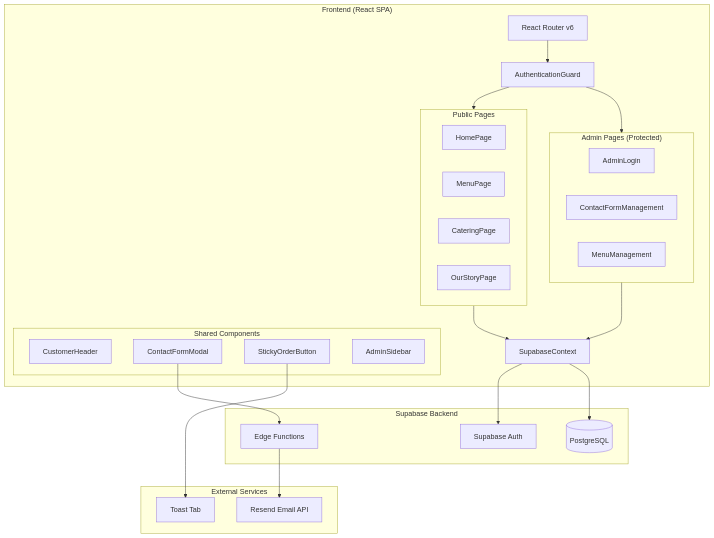
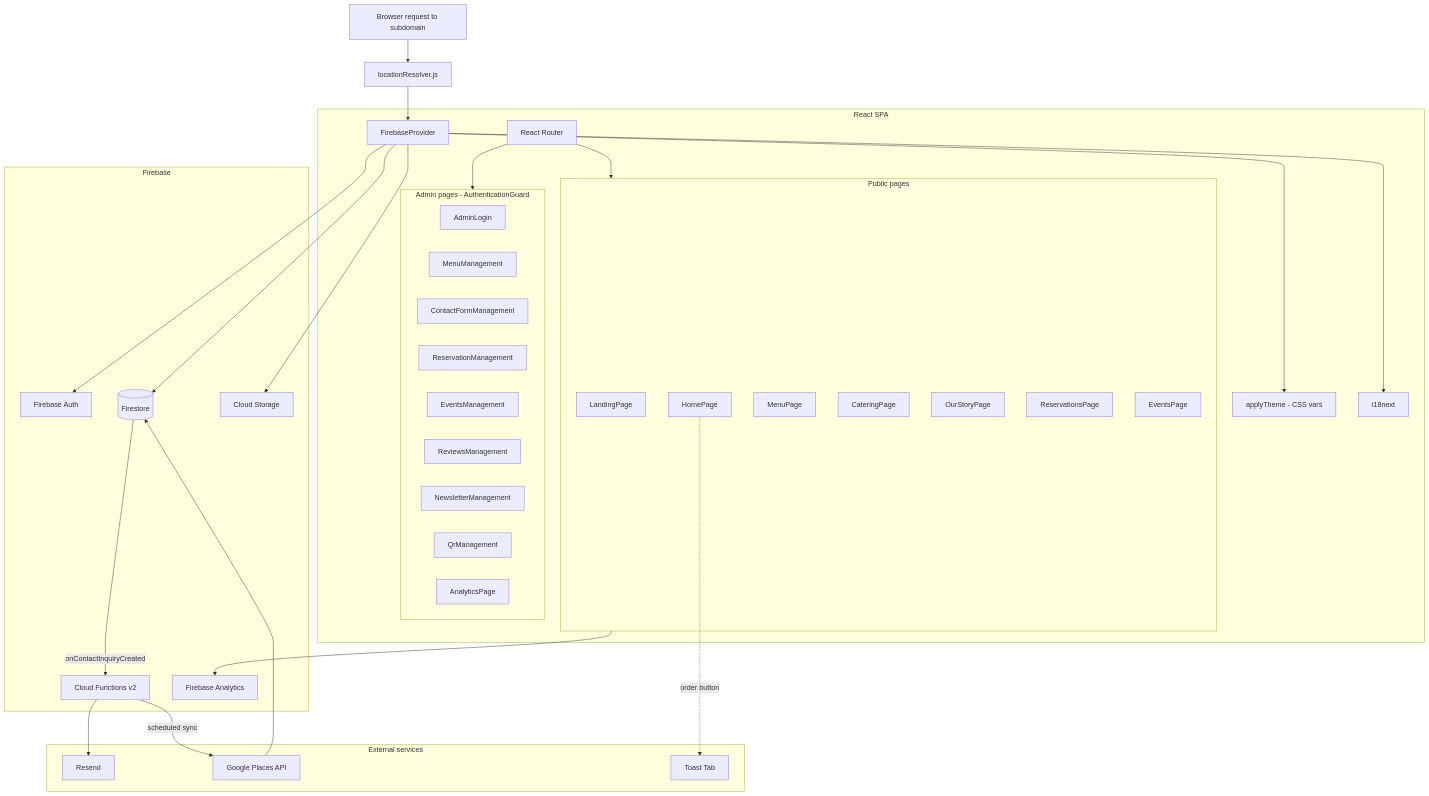
Before and after one commit to Technical-1/All-About-Me: the diagram in public/data/portfolio/restauranthub/architecture.md, drawn with Mermaid. The commit also changed other lines of this file and 80 other files, not shown here.

````diff
--- a/public/data/portfolio/restauranthub/architecture.md
+++ b/public/data/portfolio/restauranthub/architecture.md
@@ -5,53 +5,67 @@
 ```mermaid
 flowchart TD
-    subgraph Client["Frontend (React SPA)"]
-        Router[React Router v6]
-        Auth[AuthenticationGuard]
-        Ctx[SupabaseContext]
+    Browser[Browser request to subdomain]
+    Resolver[locationResolver.js]
+    Browser --> Resolver
 
-        subgraph Public["Public Pages"]
+    subgraph Client["React SPA"]
+        Router[React Router]
+        Provider[FirebaseProvider]
+        Theme[applyTheme - CSS vars]
+        I18n[i18next]
+
+        subgraph Public["Public pages"]
+            Landing[LandingPage]
             Home[HomePage]
             Menu[MenuPage]
             Catering[CateringPage]
             Story[OurStoryPage]
+            Reservations[ReservationsPage]
+            Events[EventsPage]
         end
 
-        subgraph Admin["Admin Pages (Protected)"]
+        subgraph Admin["Admin pages - AuthenticationGuard"]
             Login[AdminLogin]
+            MenuMgmt[MenuManagement]
             ContactMgmt[ContactFormManagement]
-            MenuMgmt[MenuManagement]
-        end
-
-        subgraph Shared["Shared Components"]
-            Header[CustomerHeader]
-            ContactModal[ContactFormModal]
-            OrderBtn[StickyOrderButton]
-            Sidebar[AdminSidebar]
+            ResMgmt[ReservationManagement]
+            EventsMgmt[EventsManagement]
+            ReviewsMgmt[ReviewsManagement]
+            NewsMgmt[NewsletterManagement]
+            QrMgmt[QrManagement]
+            AnalyticsPage[AnalyticsPage]
         end
     end
 
-    subgraph Supabase["Supabase Backend"]
-        SupaAuth[Supabase Auth]
-        DB[(PostgreSQL)]
-        Edge[Edge Functions]
+    Resolver --> Provider
+    Provider --> Theme
+    Provider --> I18n
+    Router --> Public
+    Router --> Admin
+
+    subgraph Firebase["Firebase"]
+        Auth[Firebase Auth]
+        FS[(Firestore)]
+        CF[Cloud Functions v2]
+        Storage[Cloud Storage]
+        FA[Firebase Analytics]
     end
 
-    subgraph External["External Services"]
+    Provider --> Auth
+    Provider --> FS
+    Provider --> Storage
+
+    subgraph External["External services"]
+        Resend[Resend]
+        Places[Google Places API]
         Toast[Toast Tab]
-        Resend[Resend Email API]
     end
 
-    Router --> Auth
-    Auth --> Public
-    Auth --> Admin
+    FS -- onContactInquiryCreated --> CF
+    CF --> Resend
+    CF -- scheduled sync --> Places
+    Places --> FS
 
-    Public --> Ctx
-    Admin --> Ctx
-    Ctx --> SupaAuth
-    Ctx --> DB
-
-    ContactModal --> Edge
-    Edge --> Resend
-
-    OrderBtn --> Toast
+    Home -.order button.-> Toast
+    Public --> FA
 ```
````
